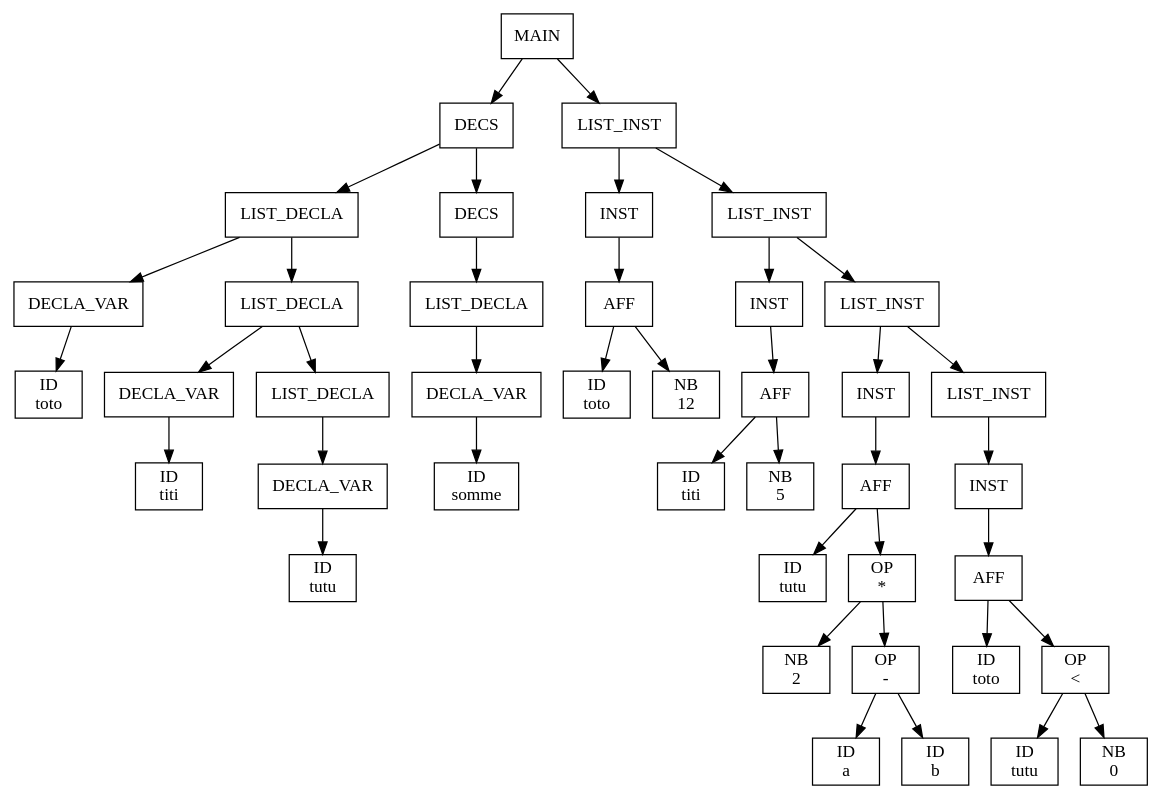
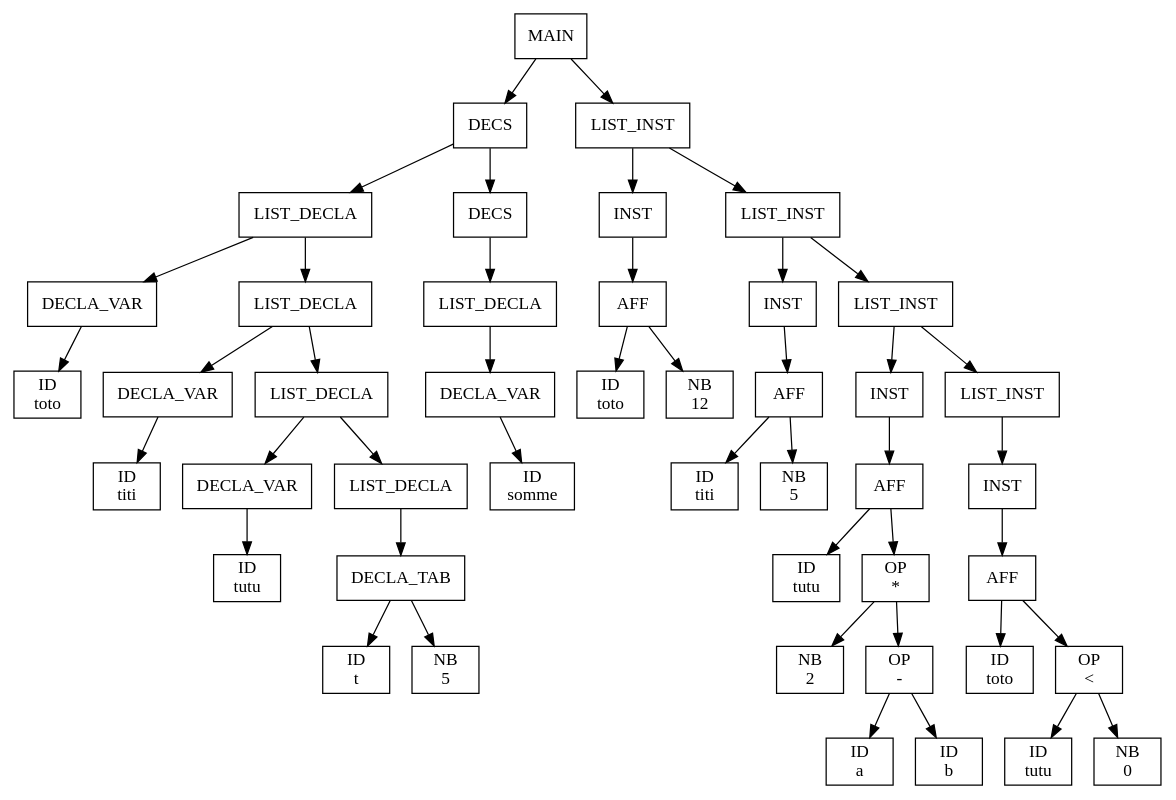
One commit to aswailem195/Projet-ARC--Algo-RAM-Compiler--20231213 changed the diagram in out/output.dot. Above: the diagram before and after it, drawn with Graphviz. The commit also changed 9 other files, not shown here.

Commit message:
ajouter decla_tab

```diff
--- a/out/output.dot
+++ b/out/output.dot
@@ -1,83 +1,91 @@
 digraph ASA {
-node0x55d6a61650f0 [label="MAIN\n", shape=box];
-node0x55d6a61650f0 -> node0x55d6a6164a30;
-node0x55d6a6164a30 [label="DECS\n", shape=box];
-node0x55d6a6164a30 -> node0x55d6a61648f0;
-node0x55d6a61648f0 [label="LIST_DECLA\n", shape=box];
-node0x55d6a61648f0 -> node0x55d6a61646f0;
-node0x55d6a61646f0 [label="DECLA_VAR\n", shape=box];
-node0x55d6a61646f0 -> node0x55d6a6164730;
-node0x55d6a6164730 [label="ID\ntoto", shape=box];
-node0x55d6a61648f0 -> node0x55d6a61648b0;
-node0x55d6a61648b0 [label="LIST_DECLA\n", shape=box];
-node0x55d6a61648b0 -> node0x55d6a6164770;
-node0x55d6a6164770 [label="DECLA_VAR\n", shape=box];
-node0x55d6a6164770 -> node0x55d6a61647b0;
-node0x55d6a61647b0 [label="ID\ntiti", shape=box];
-node0x55d6a61648b0 -> node0x55d6a6164870;
-node0x55d6a6164870 [label="LIST_DECLA\n", shape=box];
-node0x55d6a6164870 -> node0x55d6a61647f0;
-node0x55d6a61647f0 [label="DECLA_VAR\n", shape=box];
-node0x55d6a61647f0 -> node0x55d6a6164830;
-node0x55d6a6164830 [label="ID\ntutu", shape=box];
-node0x55d6a6164a30 -> node0x55d6a61649f0;
-node0x55d6a61649f0 [label="DECS\n", shape=box];
-node0x55d6a61649f0 -> node0x55d6a61649b0;
-node0x55d6a61649b0 [label="LIST_DECLA\n", shape=box];
-node0x55d6a61649b0 -> node0x55d6a6164930;
-node0x55d6a6164930 [label="DECLA_VAR\n", shape=box];
-node0x55d6a6164930 -> node0x55d6a6164970;
-node0x55d6a6164970 [label="ID\nsomme", shape=box];
-node0x55d6a61650f0 -> node0x55d6a61650b0;
-node0x55d6a61650b0 [label="LIST_INST\n", shape=box];
-node0x55d6a61650b0 -> node0x55d6a6164b30;
-node0x55d6a6164b30 [label="INST\n", shape=box];
-node0x55d6a6164b30 -> node0x55d6a6164ab0;
-node0x55d6a6164ab0 [label="AFF\n", shape=box];
-node0x55d6a6164ab0 -> node0x55d6a6164af0;
-node0x55d6a6164af0 [label="ID\ntoto", shape=box];
-node0x55d6a6164ab0 -> node0x55d6a6164a70;
-node0x55d6a6164a70 [label="NB\n12", shape=box];
-node0x55d6a61650b0 -> node0x55d6a6165070;
-node0x55d6a6165070 [label="LIST_INST\n", shape=box];
-node0x55d6a6165070 -> node0x55d6a6164c30;
-node0x55d6a6164c30 [label="INST\n", shape=box];
-node0x55d6a6164c30 -> node0x55d6a6164bb0;
-node0x55d6a6164bb0 [label="AFF\n", shape=box];
-node0x55d6a6164bb0 -> node0x55d6a6164bf0;
-node0x55d6a6164bf0 [label="ID\ntiti", shape=box];
-node0x55d6a6164bb0 -> node0x55d6a6164b70;
-node0x55d6a6164b70 [label="NB\n5", shape=box];
-node0x55d6a6165070 -> node0x55d6a6165030;
-node0x55d6a6165030 [label="LIST_INST\n", shape=box];
-node0x55d6a6165030 -> node0x55d6a6164e30;
-node0x55d6a6164e30 [label="INST\n", shape=box];
-node0x55d6a6164e30 -> node0x55d6a6164db0;
-node0x55d6a6164db0 [label="AFF\n", shape=box];
-node0x55d6a6164db0 -> node0x55d6a6164df0;
-node0x55d6a6164df0 [label="ID\ntutu", shape=box];
-node0x55d6a6164db0 -> node0x55d6a6164d70;
-node0x55d6a6164d70 [label="OP\n*", shape=box];
-node0x55d6a6164d70 -> node0x55d6a6164c70;
-node0x55d6a6164c70 [label="NB\n2", shape=box];
-node0x55d6a6164d70 -> node0x55d6a6164d30;
-node0x55d6a6164d30 [label="OP\n-", shape=box];
-node0x55d6a6164d30 -> node0x55d6a6164cb0;
-node0x55d6a6164cb0 [label="ID\na", shape=box];
-node0x55d6a6164d30 -> node0x55d6a6164cf0;
-node0x55d6a6164cf0 [label="ID\nb", shape=box];
-node0x55d6a6165030 -> node0x55d6a6164ff0;
-node0x55d6a6164ff0 [label="LIST_INST\n", shape=box];
-node0x55d6a6164ff0 -> node0x55d6a6164fb0;
-node0x55d6a6164fb0 [label="INST\n", shape=box];
-node0x55d6a6164fb0 -> node0x55d6a6164f30;
-node0x55d6a6164f30 [label="AFF\n", shape=box];
-node0x55d6a6164f30 -> node0x55d6a6164f70;
-node0x55d6a6164f70 [label="ID\ntoto", shape=box];
-node0x55d6a6164f30 -> node0x55d6a6164ef0;
-node0x55d6a6164ef0 [label="OP\n<", shape=box];
-node0x55d6a6164ef0 -> node0x55d6a6164e70;
-node0x55d6a6164e70 [label="ID\ntutu", shape=box];
-node0x55d6a6164ef0 -> node0x55d6a6164eb0;
-node0x55d6a6164eb0 [label="NB\n0", shape=box];
+node0x55819952f1f0 [label="MAIN\n", shape=box];
+node0x55819952f1f0 -> node0x55819952eb30;
+node0x55819952eb30 [label="DECS\n", shape=box];
+node0x55819952eb30 -> node0x55819952e9f0;
+node0x55819952e9f0 [label="LIST_DECLA\n", shape=box];
+node0x55819952e9f0 -> node0x55819952e6f0;
+node0x55819952e6f0 [label="DECLA_VAR\n", shape=box];
+node0x55819952e6f0 -> node0x55819952e730;
+node0x55819952e730 [label="ID\ntoto", shape=box];
+node0x55819952e9f0 -> node0x55819952e9b0;
+node0x55819952e9b0 [label="LIST_DECLA\n", shape=box];
+node0x55819952e9b0 -> node0x55819952e770;
+node0x55819952e770 [label="DECLA_VAR\n", shape=box];
+node0x55819952e770 -> node0x55819952e7b0;
+node0x55819952e7b0 [label="ID\ntiti", shape=box];
+node0x55819952e9b0 -> node0x55819952e970;
+node0x55819952e970 [label="LIST_DECLA\n", shape=box];
+node0x55819952e970 -> node0x55819952e7f0;
+node0x55819952e7f0 [label="DECLA_VAR\n", shape=box];
+node0x55819952e7f0 -> node0x55819952e830;
+node0x55819952e830 [label="ID\ntutu", shape=box];
+node0x55819952e970 -> node0x55819952e930;
+node0x55819952e930 [label="LIST_DECLA\n", shape=box];
+node0x55819952e930 -> node0x55819952e870;
+node0x55819952e870 [label="DECLA_TAB\n", shape=box];
+node0x55819952e870 -> node0x55819952e8b0;
+node0x55819952e8b0 [label="ID\nt", shape=box];
+node0x55819952e870 -> node0x55819952e8f0;
+node0x55819952e8f0 [label="NB\n5", shape=box];
+node0x55819952eb30 -> node0x55819952eaf0;
+node0x55819952eaf0 [label="DECS\n", shape=box];
+node0x55819952eaf0 -> node0x55819952eab0;
+node0x55819952eab0 [label="LIST_DECLA\n", shape=box];
+node0x55819952eab0 -> node0x55819952ea30;
+node0x55819952ea30 [label="DECLA_VAR\n", shape=box];
+node0x55819952ea30 -> node0x55819952ea70;
+node0x55819952ea70 [label="ID\nsomme", shape=box];
+node0x55819952f1f0 -> node0x55819952f1b0;
+node0x55819952f1b0 [label="LIST_INST\n", shape=box];
+node0x55819952f1b0 -> node0x55819952ec30;
+node0x55819952ec30 [label="INST\n", shape=box];
+node0x55819952ec30 -> node0x55819952ebb0;
+node0x55819952ebb0 [label="AFF\n", shape=box];
+node0x55819952ebb0 -> node0x55819952ebf0;
+node0x55819952ebf0 [label="ID\ntoto", shape=box];
+node0x55819952ebb0 -> node0x55819952eb70;
+node0x55819952eb70 [label="NB\n12", shape=box];
+node0x55819952f1b0 -> node0x55819952f170;
+node0x55819952f170 [label="LIST_INST\n", shape=box];
+node0x55819952f170 -> node0x55819952ed30;
+node0x55819952ed30 [label="INST\n", shape=box];
+node0x55819952ed30 -> node0x55819952ecb0;
+node0x55819952ecb0 [label="AFF\n", shape=box];
+node0x55819952ecb0 -> node0x55819952ecf0;
+node0x55819952ecf0 [label="ID\ntiti", shape=box];
+node0x55819952ecb0 -> node0x55819952ec70;
+node0x55819952ec70 [label="NB\n5", shape=box];
+node0x55819952f170 -> node0x55819952f130;
+node0x55819952f130 [label="LIST_INST\n", shape=box];
+node0x55819952f130 -> node0x55819952ef30;
+node0x55819952ef30 [label="INST\n", shape=box];
+node0x55819952ef30 -> node0x55819952eeb0;
+node0x55819952eeb0 [label="AFF\n", shape=box];
+node0x55819952eeb0 -> node0x55819952eef0;
+node0x55819952eef0 [label="ID\ntutu", shape=box];
+node0x55819952eeb0 -> node0x55819952ee70;
+node0x55819952ee70 [label="OP\n*", shape=box];
+node0x55819952ee70 -> node0x55819952ed70;
+node0x55819952ed70 [label="NB\n2", shape=box];
+node0x55819952ee70 -> node0x55819952ee30;
+node0x55819952ee30 [label="OP\n-", shape=box];
+node0x55819952ee30 -> node0x55819952edb0;
+node0x55819952edb0 [label="ID\na", shape=box];
+node0x55819952ee30 -> node0x55819952edf0;
+node0x55819952edf0 [label="ID\nb", shape=box];
+node0x55819952f130 -> node0x55819952f0f0;
+node0x55819952f0f0 [label="LIST_INST\n", shape=box];
+node0x55819952f0f0 -> node0x55819952f0b0;
+node0x55819952f0b0 [label="INST\n", shape=box];
+node0x55819952f0b0 -> node0x55819952f030;
+node0x55819952f030 [label="AFF\n", shape=box];
+node0x55819952f030 -> node0x55819952f070;
+node0x55819952f070 [label="ID\ntoto", shape=box];
+node0x55819952f030 -> node0x55819952eff0;
+node0x55819952eff0 [label="OP\n<", shape=box];
+node0x55819952eff0 -> node0x55819952ef70;
+node0x55819952ef70 [label="ID\ntutu", shape=box];
+node0x55819952eff0 -> node0x55819952efb0;
+node0x55819952efb0 [label="NB\n0", shape=box];
 }
```
